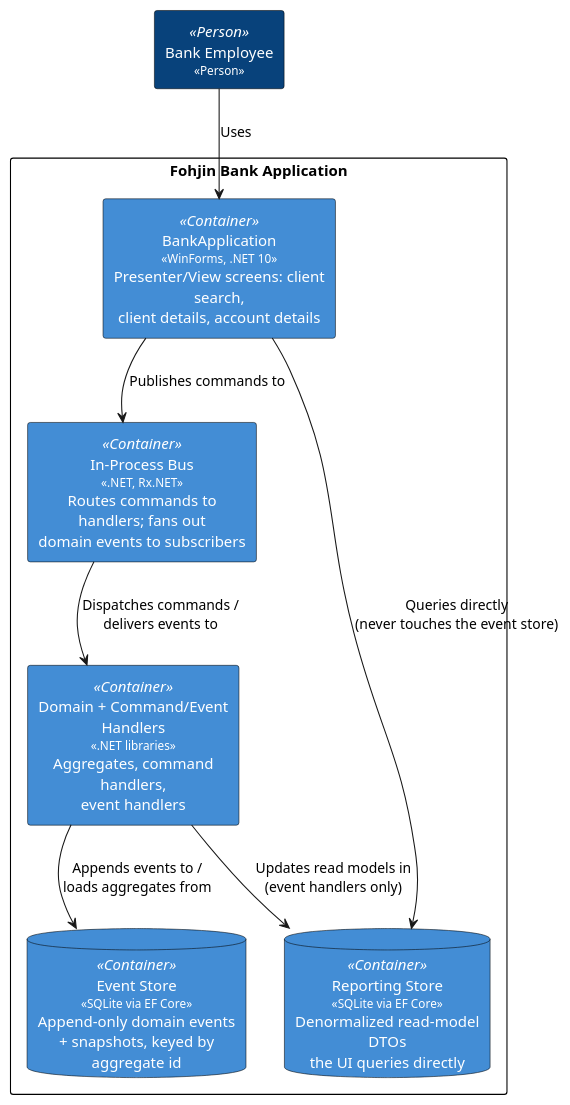
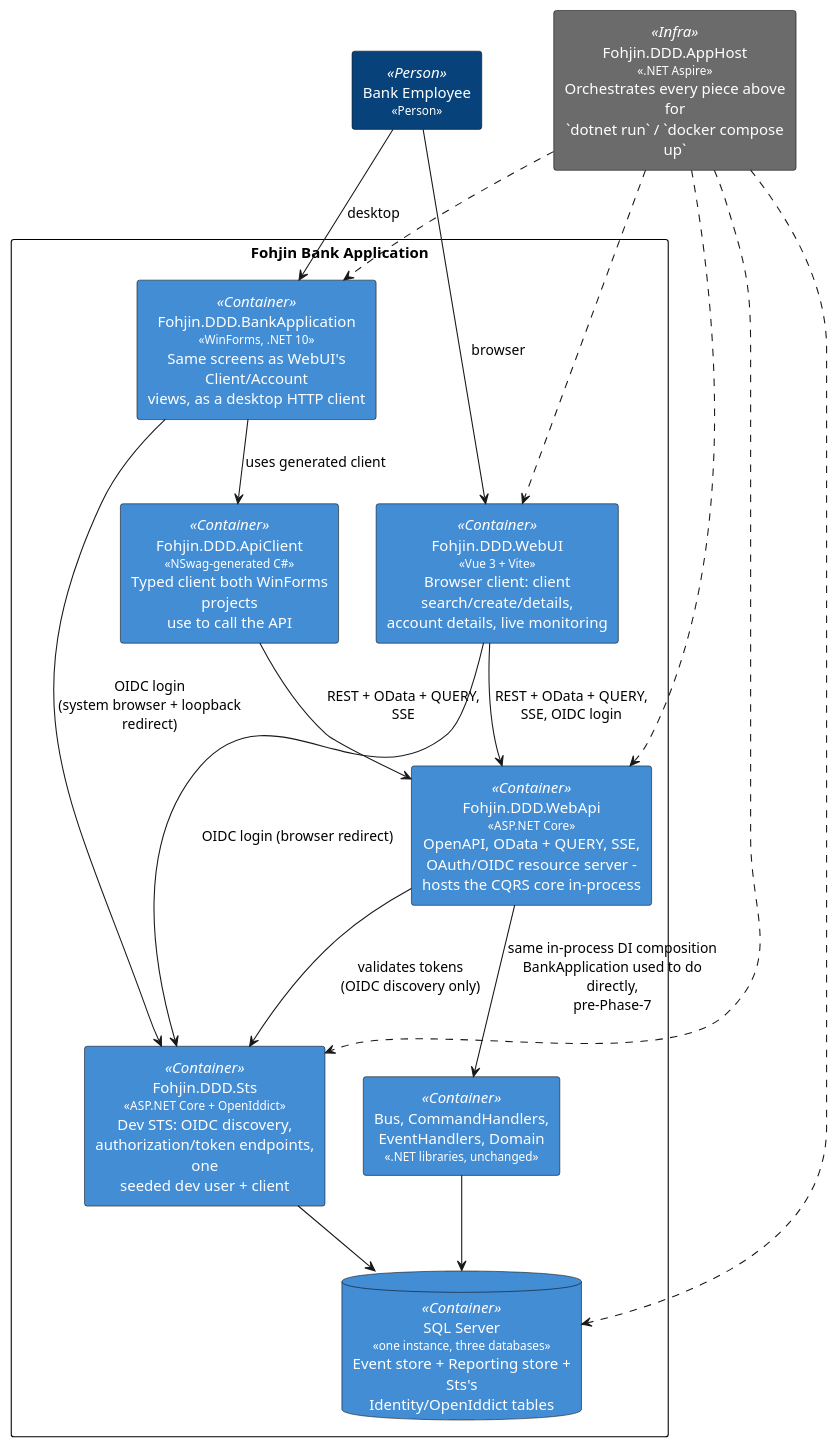
Before and after one commit to Mwwhited-BookLearning/fohjin-cqrs: the second of 2 diagrams in docs/00-architecture-overview.md, drawn with PlantUML. The commit also changed other lines of this file and 8 other files, not shown here.

````diff
--- a/docs/00-architecture-overview.md
+++ b/docs/00-architecture-overview.md
@@ -45,36 +51,52 @@
 ```plantuml
 @startuml
 skinparam rectangle {
   BackgroundColor<<Person>> #08427b
   FontColor<<Person>> white
   BackgroundColor<<Container>> #438dd5
   FontColor<<Container>> white
+  BackgroundColor<<Infra>> #6b6b6b
+  FontColor<<Infra>> white
   BorderColor black
 }
 skinparam database {
   BackgroundColor<<Container>> #438dd5
   FontColor<<Container>> white
   BorderColor black
 }
 skinparam defaultTextAlignment center
-skinparam wrapWidth 200
+skinparam wrapWidth 220
 skinparam maxMessageSize 200
 
 rectangle "Bank Employee\n<size:11><<Person>></size>" <<Person>> as employee
 
 rectangle "Fohjin Bank Application" {
-  rectangle "BankApplication\n<size:11><<WinForms, .NET 10>></size>\nPresenter/View screens: client search,\nclient details, account details" <<Container>> as winforms
-  rectangle "In-Process Bus\n<size:11><<.NET, Rx.NET>></size>\nRoutes commands to handlers; fans out\ndomain events to subscribers" <<Container>> as bus
-  rectangle "Domain + Command/Event Handlers\n<size:11><<.NET libraries>></size>\nAggregates, command handlers,\nevent handlers" <<Container>> as domain
-  database "Event Store\n<size:11><<SQLite via EF Core>></size>\nAppend-only domain events\n+ snapshots, keyed by aggregate id" <<Container>> as eventStoreDb
-  database "Reporting Store\n<size:11><<SQLite via EF Core>></size>\nDenormalized read-model DTOs\nthe UI queries directly" <<Container>> as reportingDb
+  rectangle "Fohjin.DDD.WebUI\n<size:11><<Vue 3 + Vite>></size>\nBrowser client: client search/create/details,\naccount details, live monitoring" <<Container>> as vue
+  rectangle "Fohjin.DDD.BankApplication\n<size:11><<WinForms, .NET 10>></size>\nSame screens as WebUI's Client/Account\nviews, as a desktop HTTP client" <<Container>> as winforms
+  rectangle "Fohjin.DDD.ApiClient\n<size:11><<NSwag-generated C#>></size>\nTyped client both WinForms projects\nuse to call the API" <<Container>> as csClient
+  rectangle "Fohjin.DDD.Sts\n<size:11><<ASP.NET Core + OpenIddict>></size>\nDev STS: OIDC discovery,\nauthorization/token endpoints, one\nseeded dev user + client" <<Container>> as sts
+  rectangle "Fohjin.DDD.WebApi\n<size:11><<ASP.NET Core>></size>\nOpenAPI, OData + QUERY, SSE,\nOAuth/OIDC resource server -\nhosts the CQRS core in-process" <<Container>> as api
+  rectangle "Bus, CommandHandlers,\nEventHandlers, Domain\n<size:11><<.NET libraries, unchanged>></size>" <<Container>> as core
+  database "SQL Server\n<size:11><<one instance, three databases>></size>\nEvent store + Reporting store + Sts's\nIdentity/OpenIddict tables" <<Container>> as db
 }
 
-employee --> winforms : "Uses"
-winforms --> bus : "Publishes commands to"
-bus --> domain : "Dispatches commands /\ndelivers events to"
-domain --> eventStoreDb : "Appends events to /\nloads aggregates from"
-domain --> reportingDb : "Updates read models in\n(event handlers only)"
-winforms --> reportingDb : "Queries directly\n(never touches the event store)"
+rectangle "Fohjin.DDD.AppHost\n<size:11><<.NET Aspire>></size>\nOrchestrates every piece above for\n`dotnet run` / `docker compose up`" <<Infra>> as apphost
+
+employee --> vue : "browser"
+employee --> winforms : "desktop"
+vue --> api : "REST + OData + QUERY,\nSSE, OIDC login"
+winforms --> csClient : "uses generated client"
+csClient --> api : "REST + OData + QUERY,\nSSE"
+api --> sts : "validates tokens\n(OIDC discovery only)"
+vue --> sts : "OIDC login (browser redirect)"
+winforms --> sts : "OIDC login\n(system browser + loopback redirect)"
+api --> core : "same in-process DI composition\nBankApplication used to do directly,\npre-Phase-7"
+core --> db
+sts --> db
+apphost .down.> vue
+apphost .down.> winforms
+apphost .down.> sts
+apphost .down.> api
+apphost .down.> db
 @enduml
 ```
````
